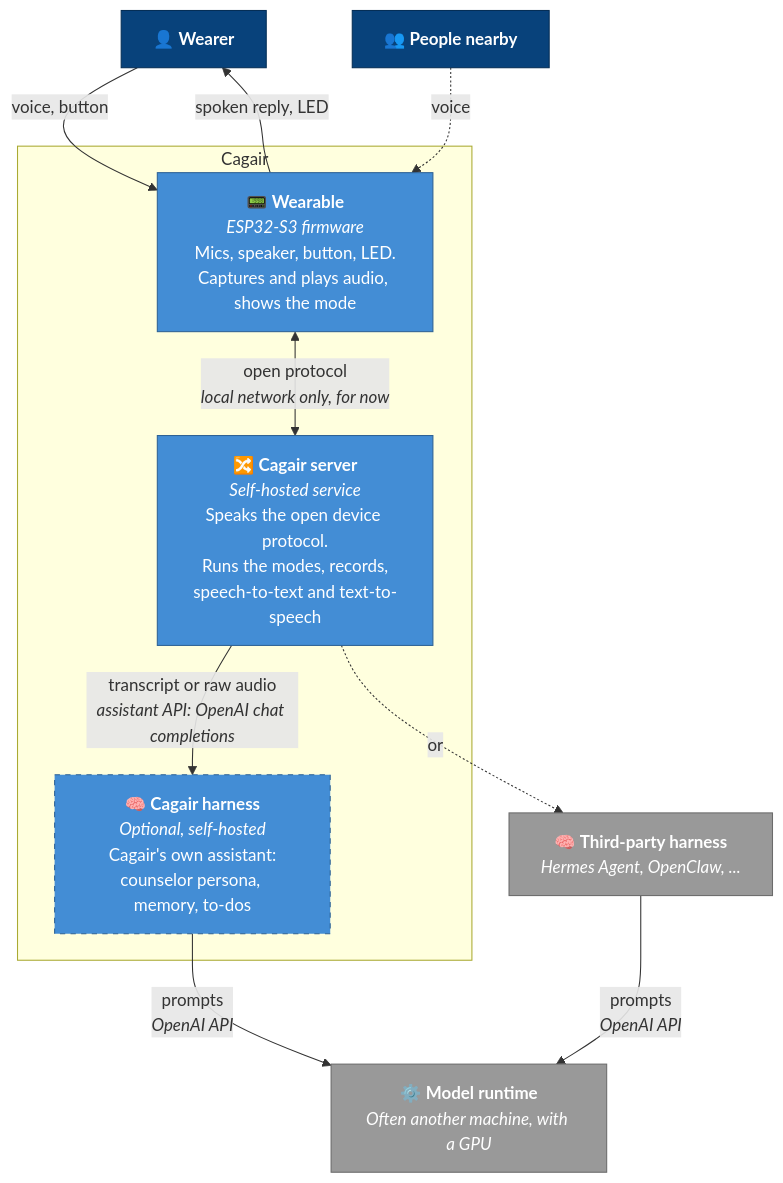
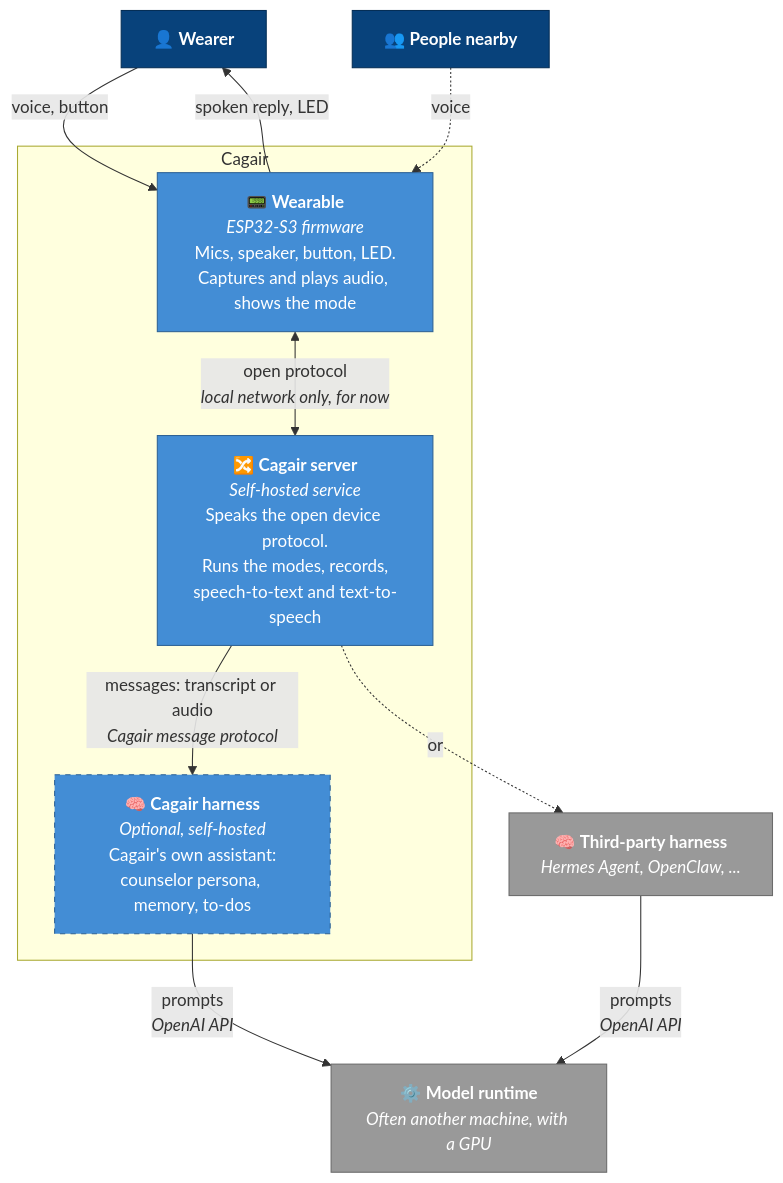
Before and after one commit to alphanovia/cagair: the second of 2 diagrams in docs/architecture.md, drawn with Mermaid. The commit also changed other lines of this file, not shown here.

First line of the commit message:
Propose a chat-app shaped message protocol between server and harness

````diff
--- a/docs/architecture.md
+++ b/docs/architecture.md
@@ -49,33 +49,33 @@
 ```mermaid
 flowchart TB
     wearer["👤 <b>Wearer</b>"]
     bystander["👥 <b>People nearby</b>"]
 
     subgraph cagair_boundary ["Cagair"]
         wearable["📟 <b>Wearable</b><br/><i>ESP32-S3 firmware</i><br/>Mics, speaker, button, LED.<br/>Captures and plays audio, shows the mode"]
         server["🔀 <b>Cagair server</b><br/><i>Self-hosted service</i><br/>Speaks the open device protocol.<br/>Runs the modes, records,<br/>speech-to-text and text-to-speech"]
         own_harness["🧠 <b>Cagair harness</b><br/><i>Optional, self-hosted</i><br/>Cagair's own assistant:<br/>counselor persona, memory, to-dos"]
     end
 
     third_party["🧠 <b>Third-party harness</b><br/><i>Hermes Agent, OpenClaw, ...</i>"]
     models["⚙️ <b>Model runtime</b><br/><i>Often another machine, with a GPU</i>"]
 
     wearer -- "voice, button" --> wearable
     wearable -- "spoken reply, LED" --> wearer
     bystander -. "voice" .-> wearable
 
     wearable <-->|"open protocol<br/><i>local network only, for now</i>"| server
-    server -- "transcript or raw audio<br/><i>assistant API: OpenAI chat completions</i>" --> own_harness
+    server -- "messages: transcript or audio<br/><i>Cagair message protocol</i>" --> own_harness
     server -. "or" .-> third_party
     own_harness -- "prompts<br/><i>OpenAI API</i>" --> models
     third_party -- "prompts<br/><i>OpenAI API</i>" --> models
 
     classDef person fill:#08427b,stroke:#052e56,color:#fff
     classDef container fill:#438dd5,stroke:#2e6295,color:#fff
     classDef optional fill:#438dd5,stroke:#2e6295,color:#fff,stroke-dasharray: 5 5
     classDef external fill:#999,stroke:#6b6b6b,color:#fff
     class wearer,bystander person
     class wearable,server container
     class own_harness optional
     class third_party,models external
 ```
````
